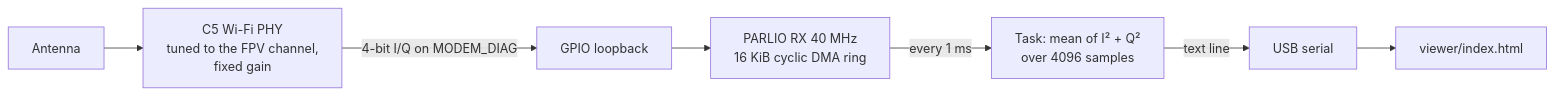
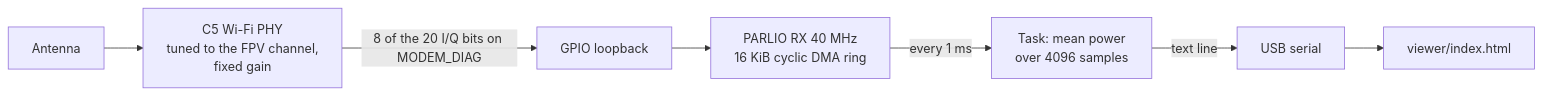
Before and after one commit to zerowidth/C5VRX: the diagram in README.md, drawn with Mermaid. The commit also changed other lines of this file and 3 other files, not shown here.

````diff
--- a/README.md
+++ b/README.md
@@ -11,9 +11,9 @@
 ```mermaid
 flowchart LR
     A[Antenna] --> B[C5 Wi-Fi PHY<br/>tuned to the FPV channel,<br/>fixed gain]
-    B -->|4-bit I/Q on MODEM_DIAG| C[GPIO loopback]
+    B -->|8 of the 20 I/Q bits on MODEM_DIAG| C[GPIO loopback]
     C --> D[PARLIO RX 40 MHz<br/>16 KiB cyclic DMA ring]
-    D -->|every 1 ms| E[Task: mean of I² + Q²<br/>over 4096 samples]
+    D -->|every 1 ms| E[Task: mean power<br/>over 4096 samples]
     E -->|text line| F[USB serial]
     F --> G[viewer/index.html]
 ```
````
